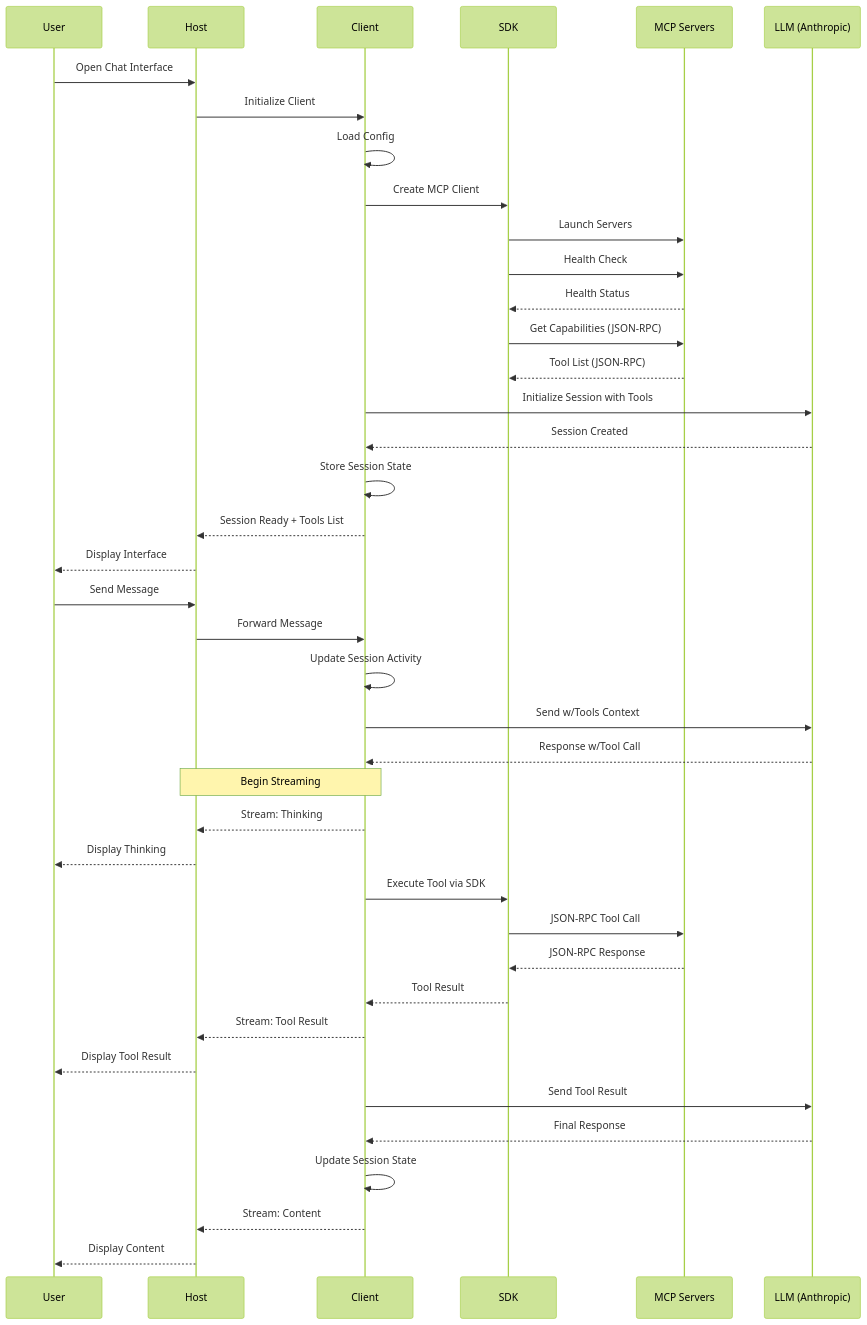
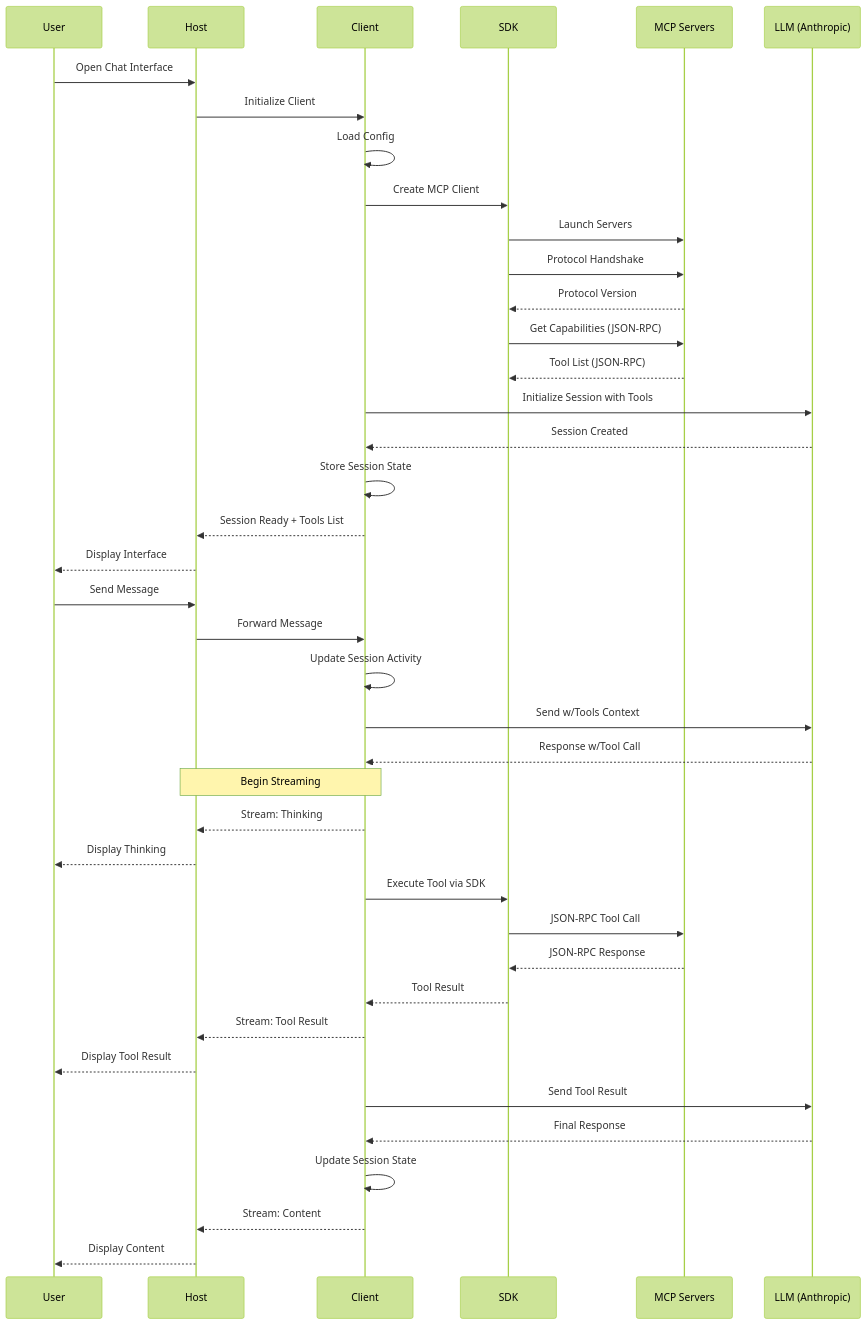
One commit to RinardNick/client_mcp changed the first of 4 diagrams in dataflow.md. Above: the diagram before and after it, drawn with Mermaid (forest theme). The commit also changed other lines of this file and 2 other files, not shown here.

````diff
--- a/dataflow.md
+++ b/dataflow.md
@@ -63,49 +63,49 @@
 ```mermaid
 sequenceDiagram
     participant U as User
     participant H as Host
     participant C as Client
     participant S as SDK
     participant M as MCP Servers
     participant L as LLM (Anthropic)
 
     %% Initialization Flow
     U->>H: Open Chat Interface
     H->>C: Initialize Client
     C->>C: Load Config
     C->>S: Create MCP Client
     S->>M: Launch Servers
-    S->>M: Health Check
-    M-->>S: Health Status
+    S->>M: Protocol Handshake
+    M-->>S: Protocol Version
     S->>M: Get Capabilities (JSON-RPC)
     M-->>S: Tool List (JSON-RPC)
     C->>L: Initialize Session with Tools
     L-->>C: Session Created
     C->>C: Store Session State
     C-->>H: Session Ready + Tools List
     H-->>U: Display Interface
 
     %% Message Flow
     U->>H: Send Message
     H->>C: Forward Message
     C->>C: Update Session Activity
     C->>L: Send w/Tools Context
     L-->>C: Response w/Tool Call
 
     Note over H,C: Begin Streaming
     C-->>H: Stream: Thinking
     H-->>U: Display Thinking
 
     C->>S: Execute Tool via SDK
     S->>M: JSON-RPC Tool Call
     M-->>S: JSON-RPC Response
     S-->>C: Tool Result
     C-->>H: Stream: Tool Result
     H-->>U: Display Tool Result
 
     C->>L: Send Tool Result
     L-->>C: Final Response
     C->>C: Update Session State
     C-->>H: Stream: Content
     H-->>U: Display Content
 ```
````
